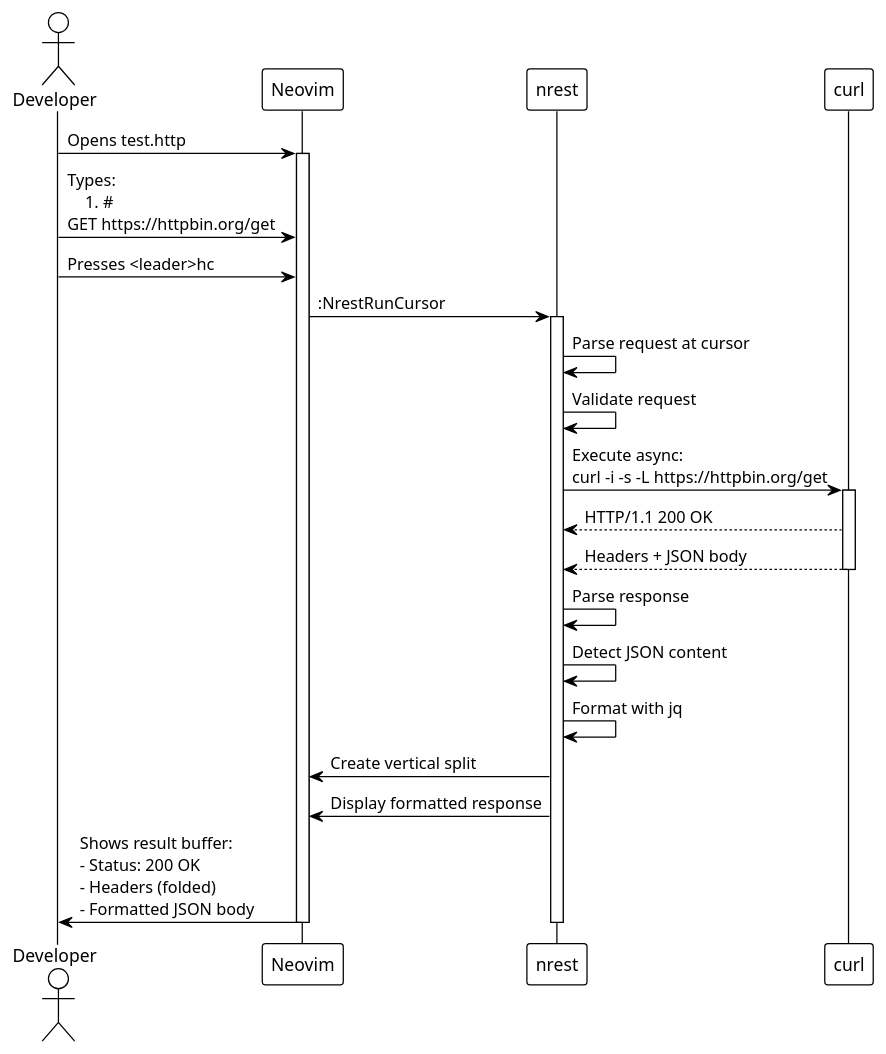
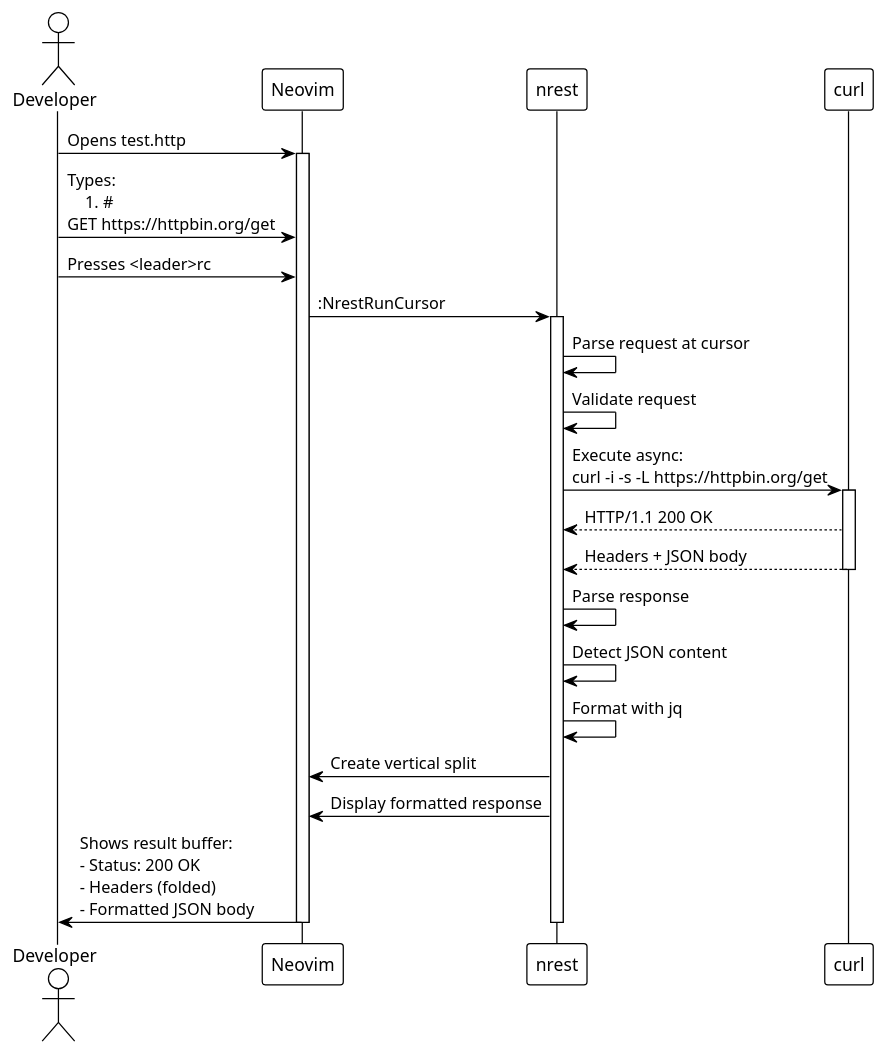
Diagram 13 of 17 in ARCHITECTURE.adoc (Xxax/nrest.nvim), drawn with PlantUML before and after one commit. The commit also changed other lines of this file and 13 other files, not shown here.

```diff
--- a/ARCHITECTURE.adoc
+++ b/ARCHITECTURE.adoc
@@ -1190,41 +1190,41 @@
 [plantuml, usecase1-sequence, svg]
 ----
 @startuml
 !theme plain
 
 actor Developer
 participant Neovim
 participant nrest
 participant curl
 
 Developer -> Neovim : Opens test.http
 activate Neovim
 
 Developer -> Neovim : Types:\n###\nGET https://httpbin.org/get
-Developer -> Neovim : Presses <leader>hc
+Developer -> Neovim : Presses <leader>rc
 
 Neovim -> nrest : :NrestRunCursor
 activate nrest
 
 nrest -> nrest : Parse request at cursor
 nrest -> nrest : Validate request
 nrest -> curl : Execute async:\ncurl -i -s -L https://httpbin.org/get
 activate curl
 
 curl --> nrest : HTTP/1.1 200 OK
 curl --> nrest : Headers + JSON body
 deactivate curl
 
 nrest -> nrest : Parse response
 nrest -> nrest : Detect JSON content
 nrest -> nrest : Format with jq
 
 nrest -> Neovim : Create vertical split
 nrest -> Neovim : Display formatted response
 
 Neovim -> Developer : Shows result buffer:\n- Status: 200 OK\n- Headers (folded)\n- Formatted JSON body
 deactivate nrest
 deactivate Neovim
 
 @enduml
 ----
```
